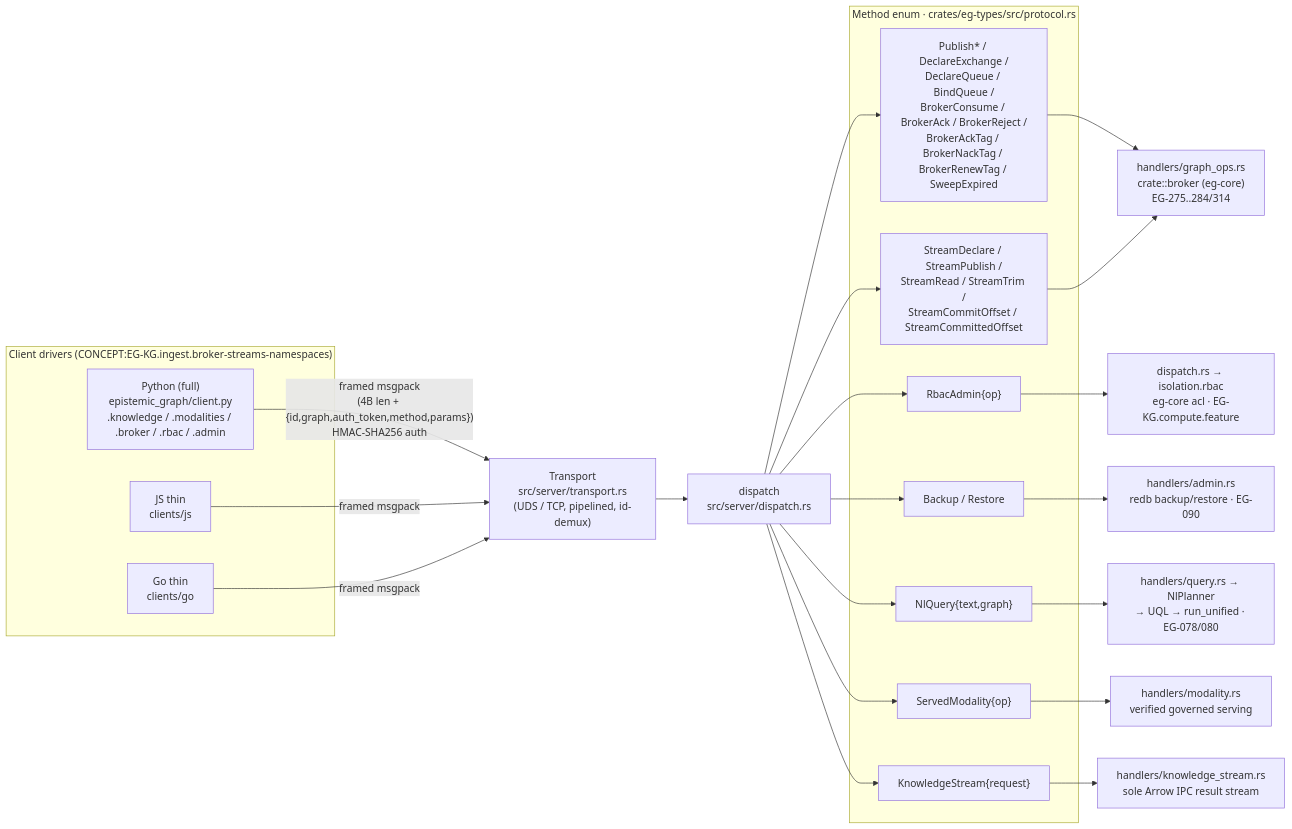
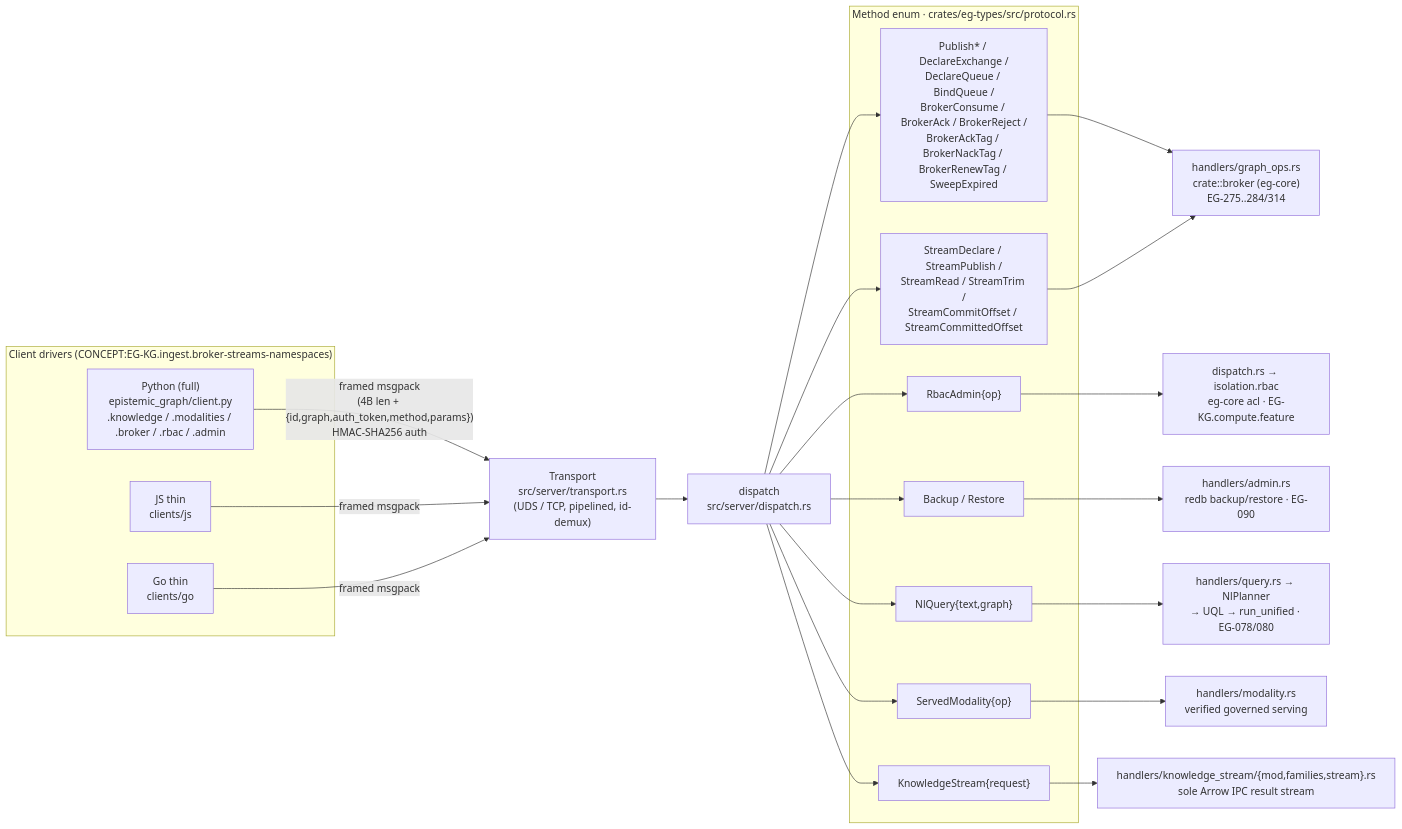
Before and after one commit to Knuckles-Team/epistemic-graph: the diagram in docs/interfaces/clients.md, drawn with Mermaid. The commit also changed 3 other files, not shown here.

````diff
--- a/docs/interfaces/clients.md
+++ b/docs/interfaces/clients.md
@@ -108,40 +108,40 @@
 ```mermaid
 flowchart LR
   subgraph clients["Client drivers (CONCEPT:EG-KG.ingest.broker-streams-namespaces)"]
     PY["Python (full)\nepistemic_graph/client.py\n.knowledge / .modalities / .broker / .rbac / .admin"]
     JS["JS thin\nclients/js"]
     GO["Go thin\nclients/go"]
   end
 
   PY -- "framed msgpack\n(4B len + {id,graph,auth_token,method,params})\nHMAC-SHA256 auth" --> T
   JS -- "framed msgpack" --> T
   GO -- "framed msgpack" --> T
 
   T["Transport\nsrc/server/transport.rs\n(UDS / TCP, pipelined, id-demux)"] --> D["dispatch\nsrc/server/dispatch.rs"]
 
   subgraph methods["Method enum · crates/eg-types/src/protocol.rs"]
     M_BROKER["Publish* / DeclareExchange /\nDeclareQueue / BindQueue /\nBrokerConsume / BrokerAck / BrokerReject /\nBrokerAckTag / BrokerNackTag / BrokerRenewTag / SweepExpired"]
     M_STREAM["StreamDeclare / StreamPublish /\nStreamRead / StreamTrim /\nStreamCommitOffset / StreamCommittedOffset"]
     M_RBAC["RbacAdmin{op}"]
     M_BAK["Backup / Restore"]
     M_NL["NlQuery{text,graph}"]
     M_MODAL["ServedModality{op}"]
     M_KNOW["KnowledgeStream{request}"]
   end
 
   D --> M_BROKER
   D --> M_STREAM
   D --> M_RBAC
   D --> M_BAK
   D --> M_NL
   D --> M_MODAL
   D --> M_KNOW
 
   M_BROKER --> H1["handlers/graph_ops.rs\ncrate::broker (eg-core)\nEG-275..284/314"]
   M_STREAM --> H1
   M_RBAC --> H2["dispatch.rs → isolation.rbac\neg-core acl · EG-KG.compute.feature"]
   M_BAK  --> H3["handlers/admin.rs\nredb backup/restore · EG-090"]
   M_NL   --> H4["handlers/query.rs → NlPlanner\n→ UQL → run_unified · EG-078/080"]
   M_MODAL --> H5["handlers/modality.rs\nverified governed serving"]
-  M_KNOW --> H6["handlers/knowledge_stream.rs\nsole Arrow IPC result stream"]
+  M_KNOW --> H6["handlers/knowledge_stream/{mod,families,stream}.rs\nsole Arrow IPC result stream"]
 ```
````
